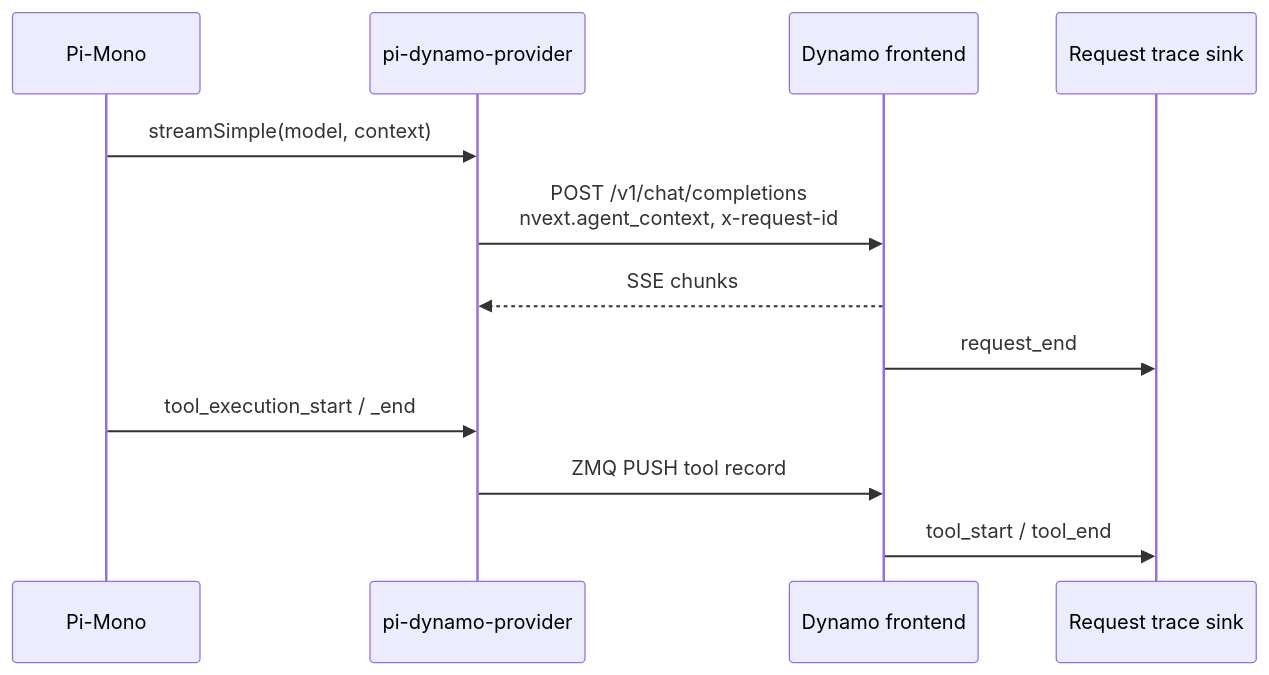
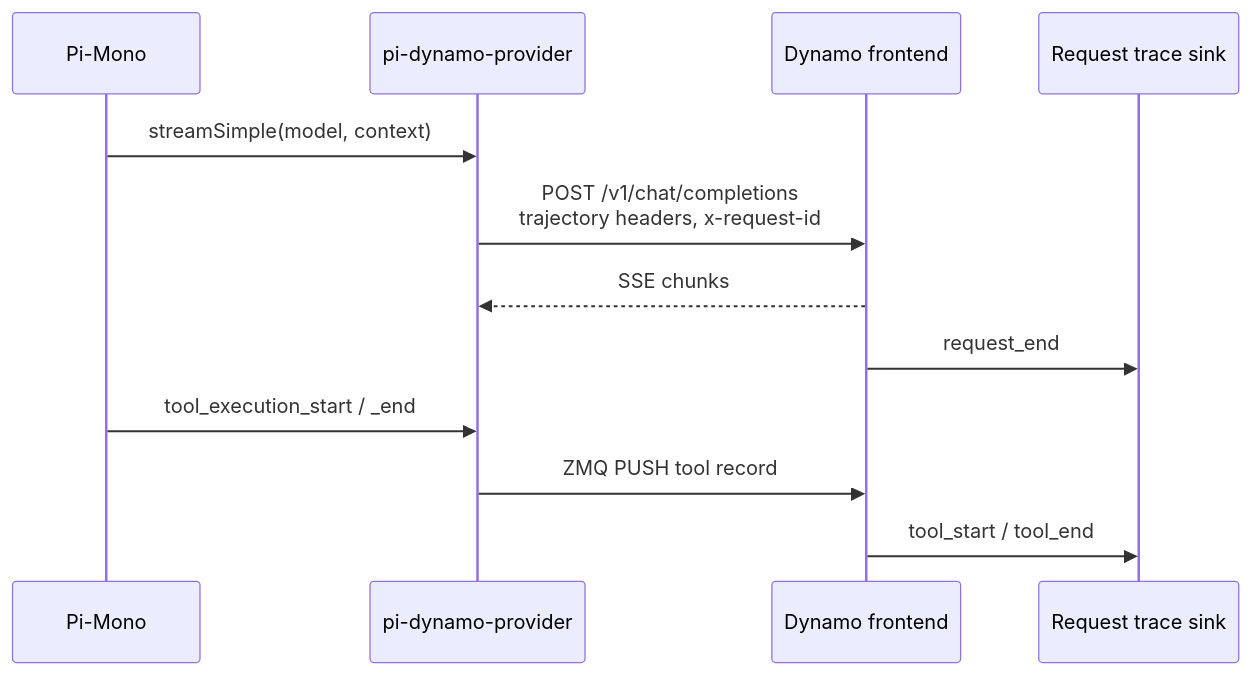
The diagram in docs/agents/pi-mono.md (ai-dynamo/dynamo), drawn with Mermaid before and after one commit. The commit also changed other lines of this file and 23 other files, not shown here.

Commit message:
refactor(llm): make trajectory context header-only

````diff
--- a/docs/agents/pi-mono.md
+++ b/docs/agents/pi-mono.md
@@ -29,15 +29,15 @@
 ```mermaid
 sequenceDiagram
     participant Pi as Pi-Mono
     participant Provider as pi-dynamo-provider
     participant Dynamo as Dynamo frontend
     participant Trace as Request trace sink
 
     Pi->>Provider: streamSimple(model, context)
-    Provider->>Dynamo: POST /v1/chat/completions<br/>nvext.agent_context, x-request-id
+    Provider->>Dynamo: POST /v1/chat/completions<br/>trajectory headers, x-request-id
     Dynamo-->>Provider: SSE chunks
     Dynamo->>Trace: request_end
     Pi->>Provider: tool_execution_start / _end
     Provider->>Dynamo: ZMQ PUSH tool record
     Dynamo->>Trace: tool_start / tool_end
 ```
````
